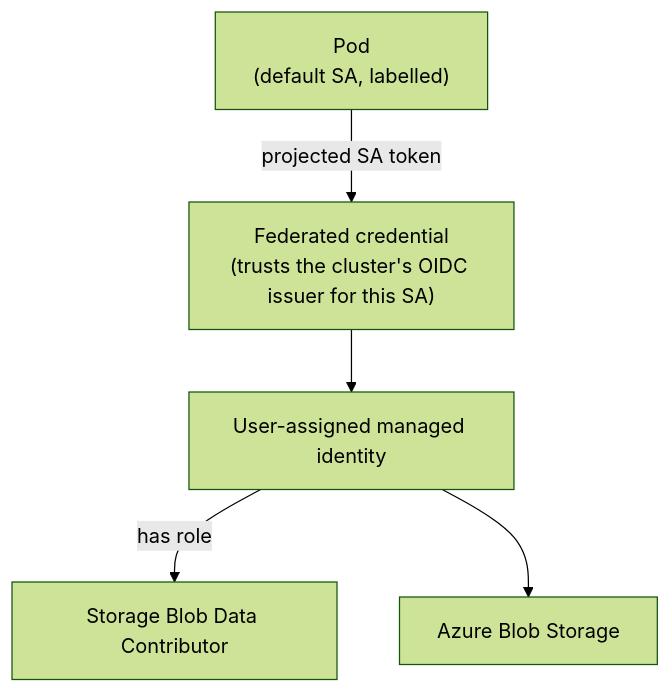
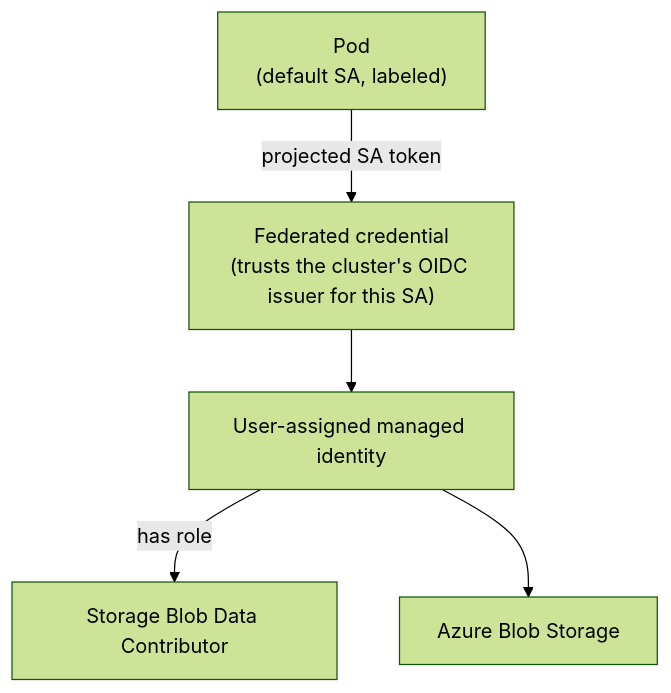
One commit to Azure/AKS changed the second of 3 diagrams in website/blog/2026-06-26-runai-streamer-vllm/index.md. Above: the diagram before and after it, drawn with Mermaid (forest theme). The commit also changed other lines of this file, not shown here.

````diff
--- a/website/blog/2026-06-26-runai-streamer-vllm/index.md
+++ b/website/blog/2026-06-26-runai-streamer-vllm/index.md
@@ -199,13 +199,13 @@
 ```mermaid
 flowchart TD
-    Pod["Pod<br/>(default SA, labelled)"]
+    Pod["Pod<br/>(default SA, labeled)"]
     FC["Federated credential<br/>(trusts the cluster's OIDC issuer for this SA)"]
     MI["User-assigned managed identity"]
     Role["Storage Blob Data Contributor"]
     Blob["Azure Blob Storage"]
 
     Pod -->|projected SA token| FC
     FC --> MI
     MI -->|has role| Role
     MI --> Blob
 ```
````
